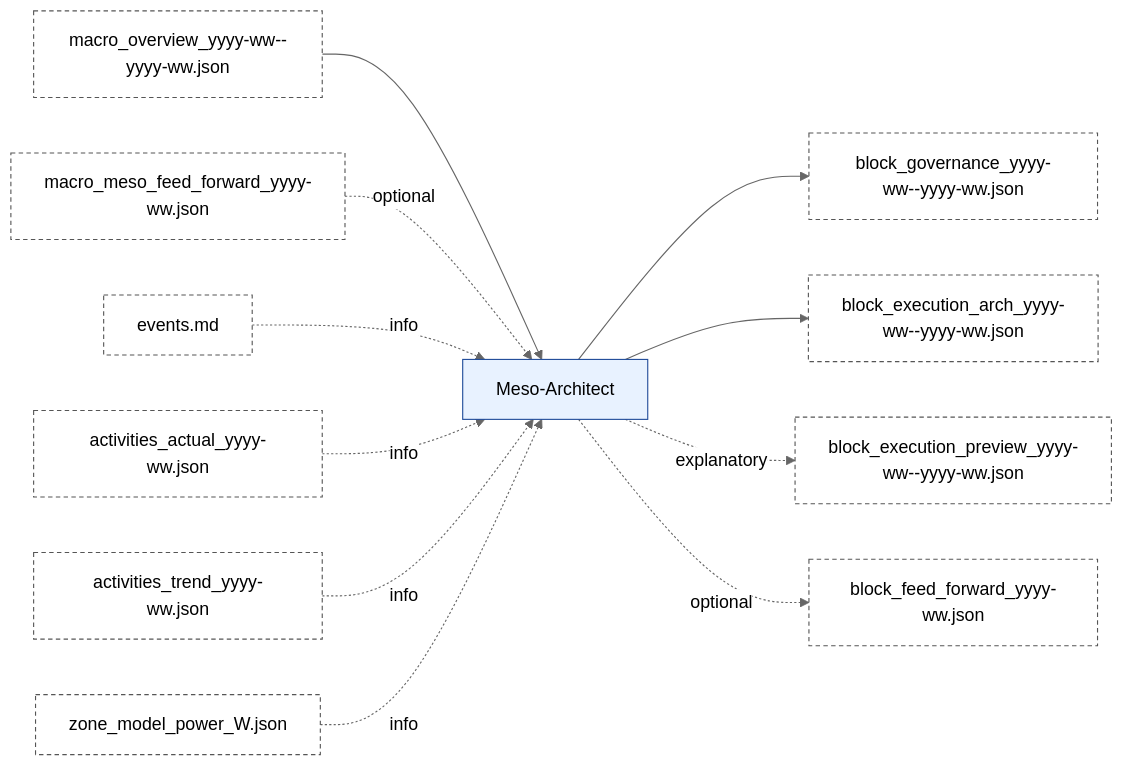
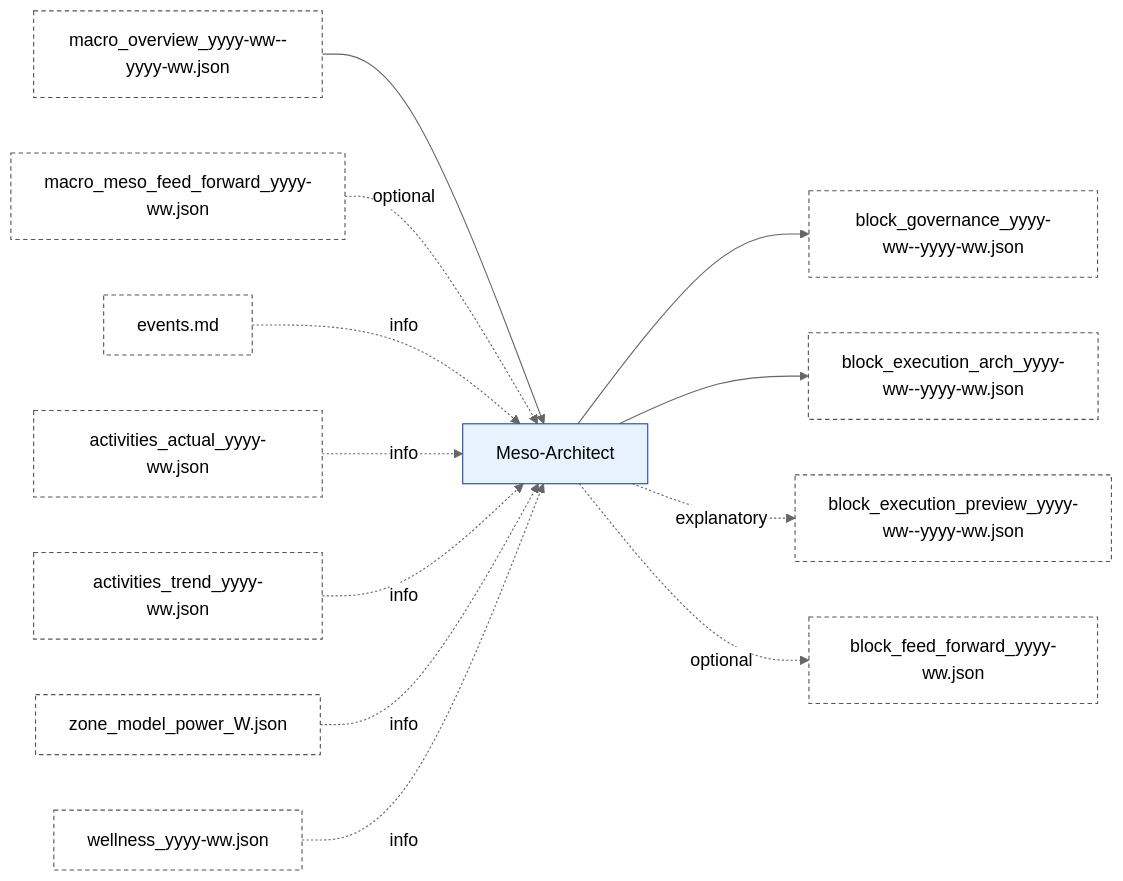
One commit to albauer-priv/RPS changed the fourth of 8 diagrams in doc/artefact_flow_overview_and_detail.md. Above: the diagram before and after it, drawn with Mermaid (neutral theme). The commit also changed other lines of this file and 26 other files, not shown here.

Commit message:
Add wellness artifact pipeline and schema

````diff
--- a/doc/artefact_flow_overview_and_detail.md
+++ b/doc/artefact_flow_overview_and_detail.md
@@ -198,17 +206,18 @@
 ```mermaid
 flowchart LR
   MO[macro_overview_yyyy-ww--yyyy-ww.json]:::artefact --> ME[Meso-Architect]:::agent
   MMFF[macro_meso_feed_forward_yyyy-ww.json]:::artefact -. optional .-> ME
   EV[events.md]:::artefact -. info .-> ME
   AA[activities_actual_yyyy-ww.json]:::artefact -. info .-> ME
   AT[activities_trend_yyyy-ww.json]:::artefact -. info .-> ME
   ZM[zone_model_power_<FTP>W.json]:::artefact -. info .-> ME
+  WL[wellness_yyyy-ww.json]:::artefact -. info .-> ME
 
   ME --> BG[block_governance_yyyy-ww--yyyy-ww.json]:::artefact
   ME --> BEA[block_execution_arch_yyyy-ww--yyyy-ww.json]:::artefact
   ME -. explanatory .-> BEP[block_execution_preview_yyyy-ww--yyyy-ww.json]:::artefact
   ME -. optional .-> BFF[block_feed_forward_yyyy-ww.json]:::artefact
 
   classDef agent fill:#e8f2ff,stroke:#1f4b99,stroke-width:1px;
   classDef artefact fill:#ffffff,stroke:#555,stroke-dasharray: 4 3,stroke-width:1px;
 ```
````
